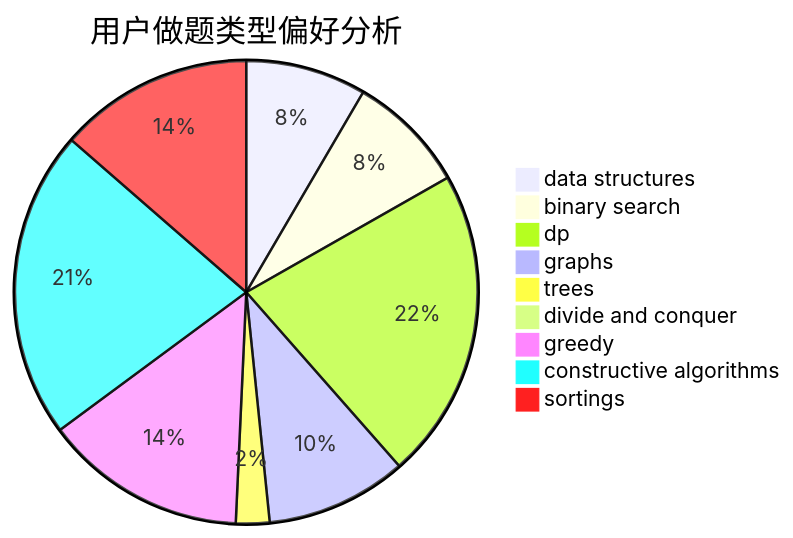
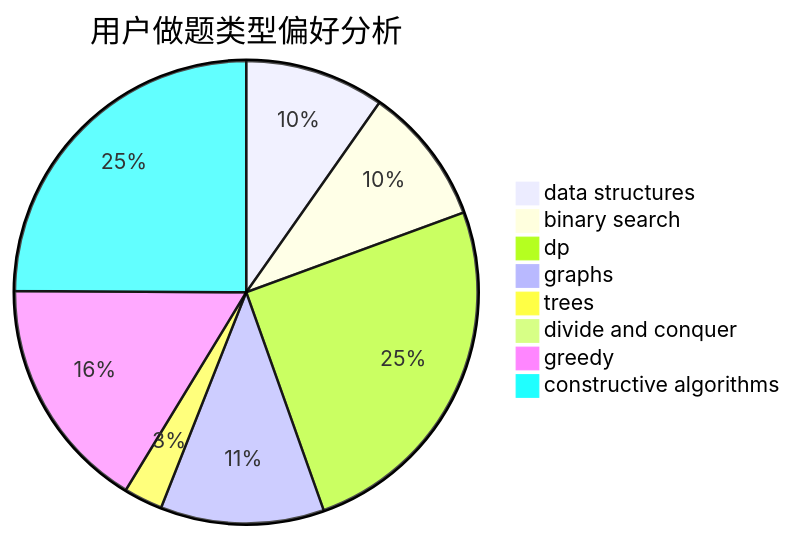
One commit to sherpahu/cfrs.github.io changed the second of 3 diagrams in docs/user/u1737.md. Above: the diagram before and after it, drawn with Mermaid. The commit also changed other lines of this file and 2769 other files, not shown here.

````diff
--- a/docs/user/u1737.md
+++ b/docs/user/u1737.md
@@ -18,12 +18,11 @@
 ```mermaid
 pie title 用户做题类型偏好分析
     "data structures" :  122
     "binary search" :  121
     "dp" :  315
     "graphs" :  143
     "trees" :  34
     "divide and conquer" :  3
     "greedy" :  205
     "constructive algorithms" :  312
-    "sortings" :  197
 ```
````
